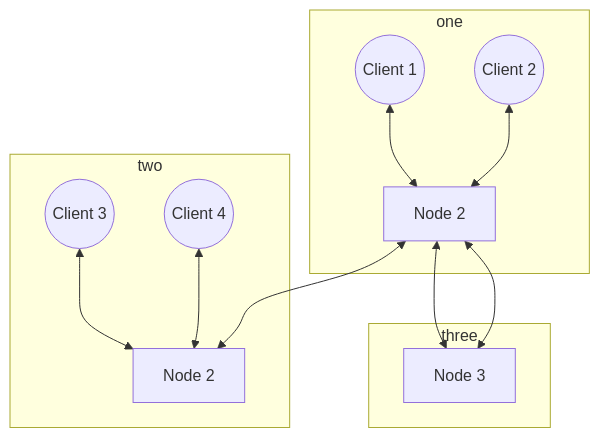
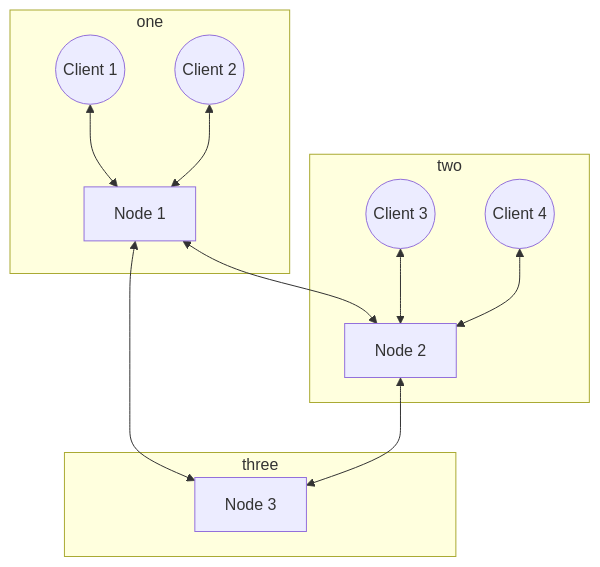
The diagram in README.md (niklas-enns/message-broker), drawn with Mermaid before and after one commit.

````diff
--- a/README.md
+++ b/README.md
@@ -11,17 +11,17 @@
 ```mermaid
 graph TB;
     N1[Node 1]<-->N2[Node 2]
     N1[Node 1]<-->N3[Node 3]
-    N1[Node 2]<-->N3[Node 3]
+    N2<-->N3
     subgraph one
     C1((Client 1))<-->N1;
     C2((Client 2))<-->N1;
     end
     subgraph two
     C3((Client 3))<-->N2;
     C4((Client 4))<-->N2;
     end
     subgraph three
     N3[Node 3]
     end
 ```
````
